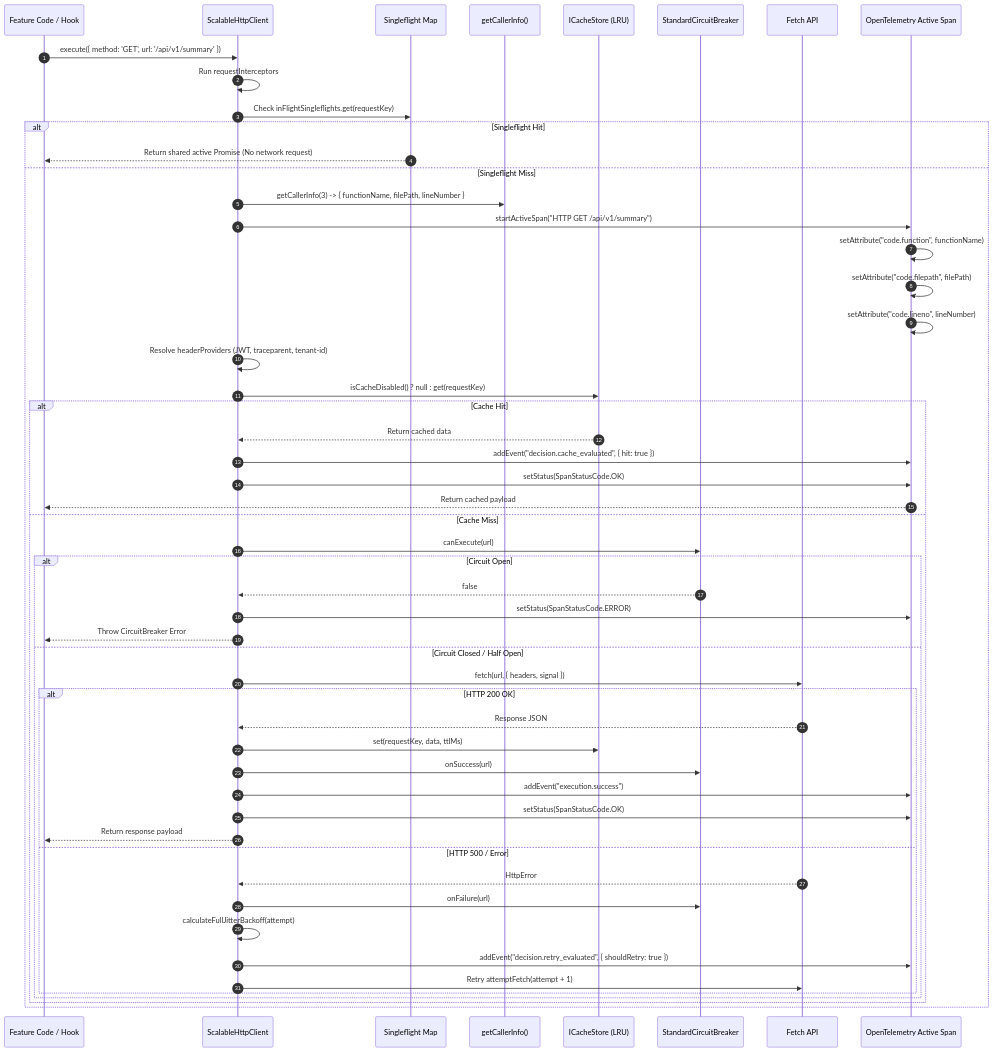
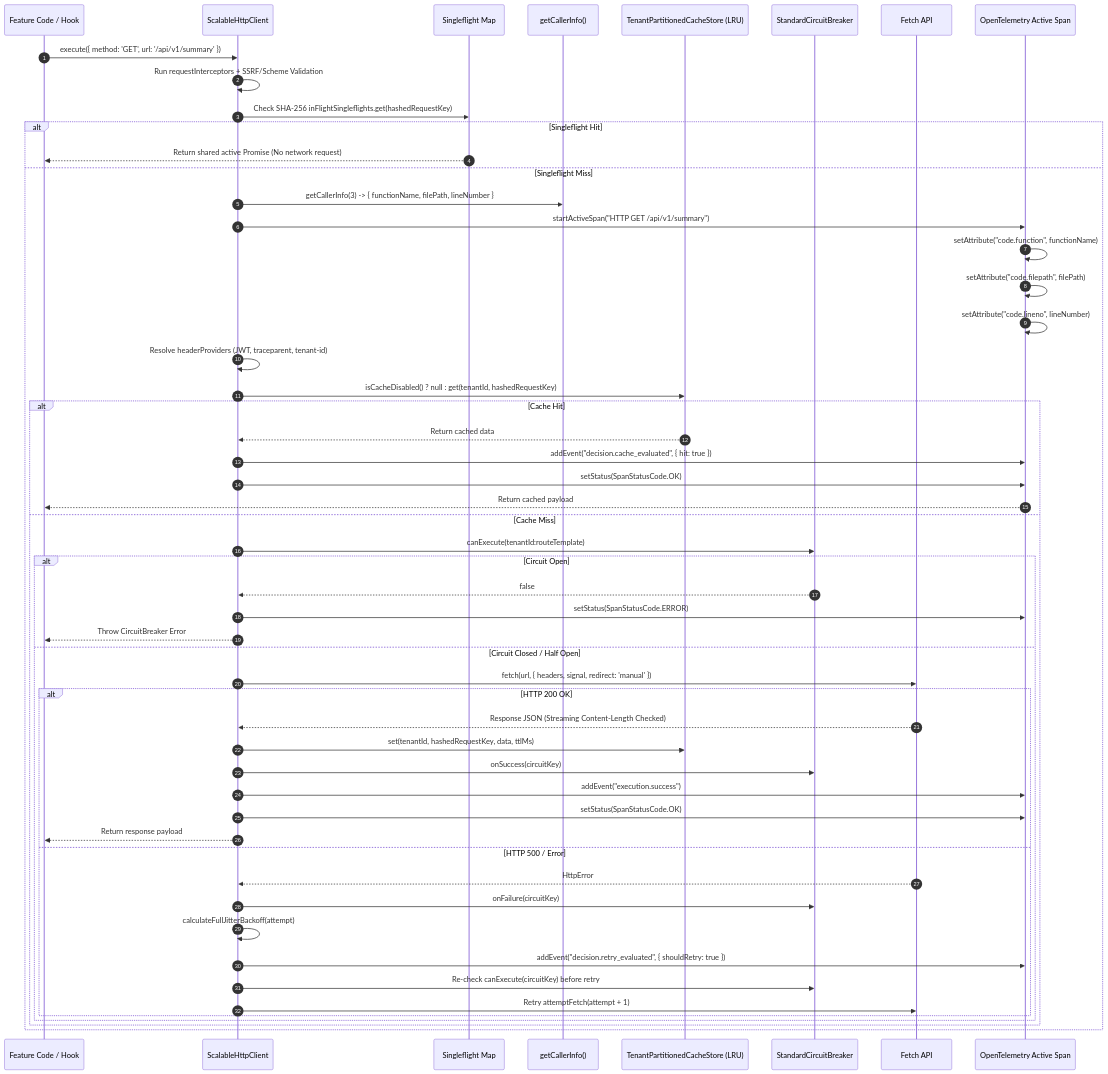
One commit to Chief-Strategist-J/llm-observability-platform changed the third of 5 diagrams in packages/node/shared-infra/docs/adr/0001-scalable-resilient-telemetry-http-pipeline.md. Above: the diagram before and after it, drawn with Mermaid. The commit also changed other lines of this file and 3 other files, not shown here.

Commit message:
feat(security): implement default-deny allowlist telemetry, URL sanitization, tenant-isolated route-template circuit breakers, SHA-256 hashed keys, tenant-partitioned LRU cache, SSRF private IP protection, streaming body limits, and detailed Mermaid architecture diagrams in ADR 0001

````diff
--- a/packages/node/shared-infra/docs/adr/0001-scalable-resilient-telemetry-http-pipeline.md
+++ b/packages/node/shared-infra/docs/adr/0001-scalable-resilient-telemetry-http-pipeline.md
@@ -148,56 +148,57 @@
 ```mermaid
 sequenceDiagram
   autonumber
   participant Caller as Feature Code / Hook
   participant Client as ScalableHttpClient
   participant SF as Singleflight Map
   participant CodeTracer as getCallerInfo()
-  participant Cache as ICacheStore (LRU)
+  participant Cache as TenantPartitionedCacheStore (LRU)
   participant CB as StandardCircuitBreaker
   participant Fetch as Fetch API
   participant OTEL as OpenTelemetry Active Span
 
   Caller->>Client: execute({ method: 'GET', url: '/api/v1/summary' })
-  Client->>Client: Run requestInterceptors
-  Client->>SF: Check inFlightSingleflights.get(requestKey)
+  Client->>Client: Run requestInterceptors + SSRF/Scheme Validation
+  Client->>SF: Check SHA-256 inFlightSingleflights.get(hashedRequestKey)
   alt Singleflight Hit
     SF-->>Caller: Return shared active Promise (No network request)
   else Singleflight Miss
     Client->>CodeTracer: getCallerInfo(3) -> { functionName, filePath, lineNumber }
     Client->>OTEL: startActiveSpan("HTTP GET /api/v1/summary")
     OTEL->>OTEL: setAttribute("code.function", functionName)
     OTEL->>OTEL: setAttribute("code.filepath", filePath)
     OTEL->>OTEL: setAttribute("code.lineno", lineNumber)
     Client->>Client: Resolve headerProviders (JWT, traceparent, tenant-id)
-    Client->>Cache: isCacheDisabled() ? null : get(requestKey)
+    Client->>Cache: isCacheDisabled() ? null : get(tenantId, hashedRequestKey)
     alt Cache Hit
       Cache-->>Client: Return cached data
       Client->>OTEL: addEvent("decision.cache_evaluated", { hit: true })
       Client->>OTEL: setStatus(SpanStatusCode.OK)
       OTEL-->>Caller: Return cached payload
     else Cache Miss
-      Client->>CB: canExecute(url)
+      Client->>CB: canExecute(tenantId:routeTemplate)
       alt Circuit Open
         CB-->>Client: false
         Client->>OTEL: setStatus(SpanStatusCode.ERROR)
         Client-->>Caller: Throw CircuitBreaker Error
       else Circuit Closed / Half Open
-        Client->>Fetch: fetch(url, { headers, signal })
+        Client->>Fetch: fetch(url, { headers, signal, redirect: 'manual' })
         alt HTTP 200 OK
-          Fetch-->>Client: Response JSON
-          Client->>Cache: set(requestKey, data, ttlMs)
-          Client->>CB: onSuccess(url)
+          Fetch-->>Client: Response JSON (Streaming Content-Length Checked)
+          Client->>Cache: set(tenantId, hashedRequestKey, data, ttlMs)
+          Client->>CB: onSuccess(circuitKey)
           Client->>OTEL: addEvent("execution.success")
           Client->>OTEL: setStatus(SpanStatusCode.OK)
           Client-->>Caller: Return response payload
         else HTTP 500 / Error
           Fetch-->>Client: HttpError
-          Client->>CB: onFailure(url)
+          Client->>CB: onFailure(circuitKey)
           Client->>Client: calculateFullJitterBackoff(attempt)
           Client->>OTEL: addEvent("decision.retry_evaluated", { shouldRetry: true })
+          Client->>CB: Re-check canExecute(circuitKey) before retry
           Client->>Fetch: Retry attemptFetch(attempt + 1)
         end
       end
     end
   end
 ```
````
